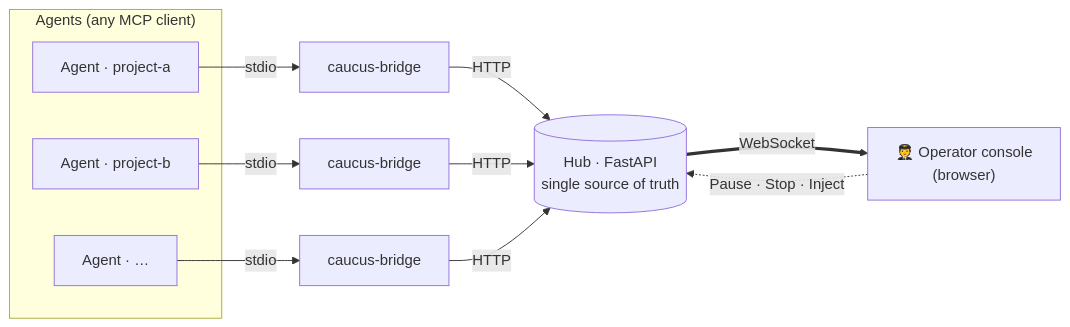
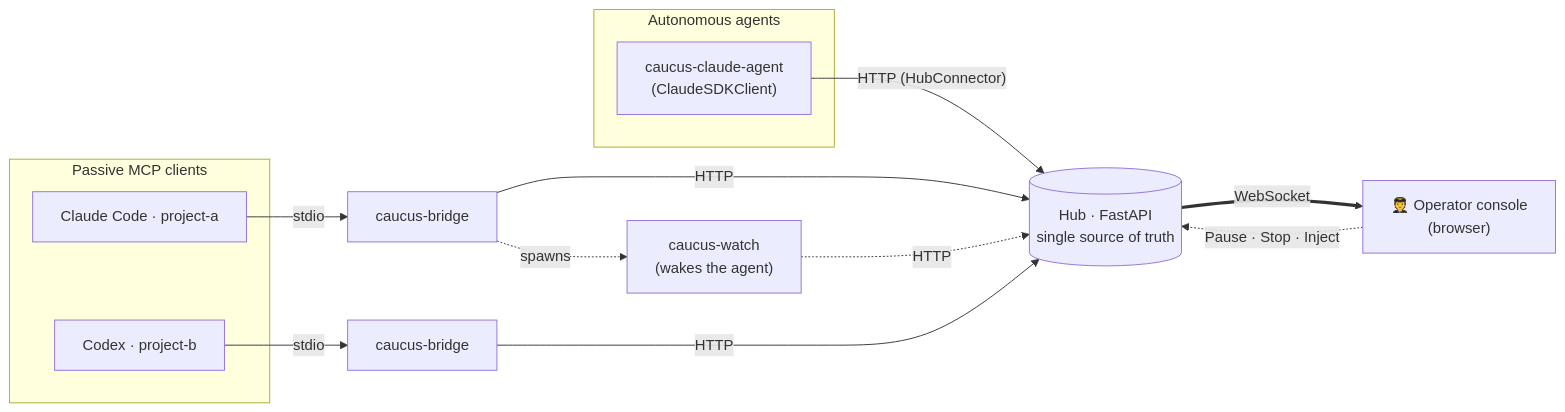
One commit to obeone/caucus-mcp changed the first of 3 diagrams in README.md. Above: the diagram before and after it, drawn with Mermaid. The commit also changed other lines of this file and 1 other file, not shown here.

First line of the commit message:
docs: reframe architecture around layered connectors

````diff
--- a/README.md
+++ b/README.md
@@ -239,19 +289,22 @@
 ```mermaid
 flowchart LR
-    subgraph agents["Agents (any MCP client)"]
-        A1["Agent · project-a"]
-        A2["Agent · project-b"]
-        A3["Agent · …"]
+    subgraph passive["Passive MCP clients"]
+        A1["Claude Code · project-a"]
+        A2["Codex · project-b"]
+    end
+    subgraph native["Autonomous agents"]
+        N1["caucus-claude-agent<br/>(ClaudeSDKClient)"]
     end
 
     A1 -- stdio --> B1["caucus-bridge"]
     A2 -- stdio --> B2["caucus-bridge"]
-    A3 -- stdio --> B3["caucus-bridge"]
-
     B1 -- HTTP --> H[("Hub · FastAPI<br/>single source of truth")]
     B2 -- HTTP --> H
-    B3 -- HTTP --> H
+    W["caucus-watch<br/>(wakes the agent)"] -. HTTP .-> H
+    B1 -. spawns .-> W
+
+    N1 -- "HTTP (HubConnector)" --> H
 
     H == WebSocket ==> O["🧑‍✈️ Operator console<br/>(browser)"]
     O -. "Pause · Stop · Inject" .-> H
 ```
````
